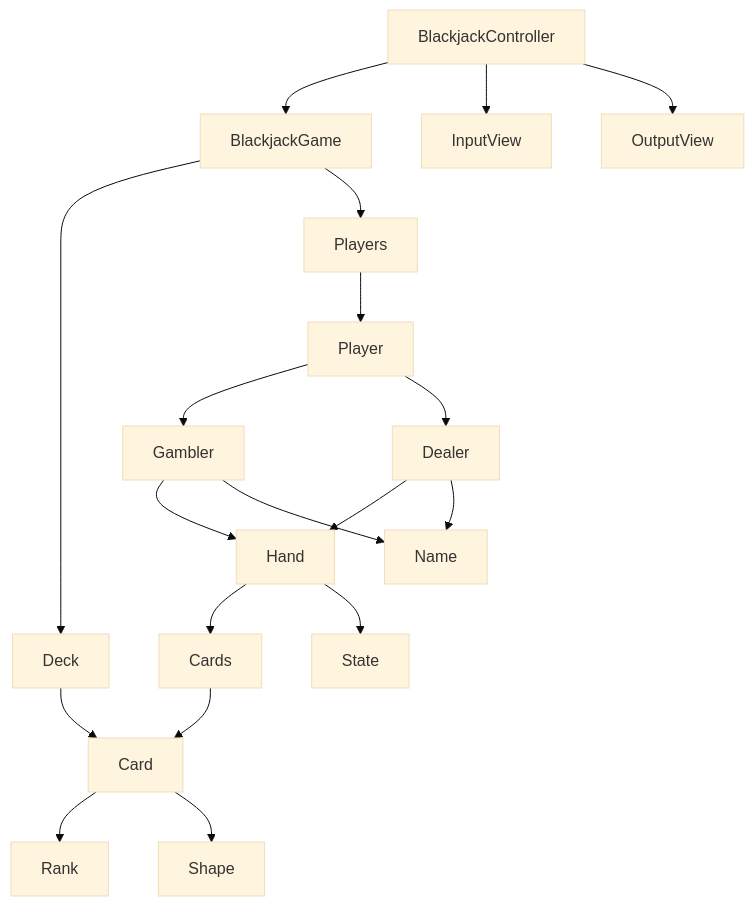
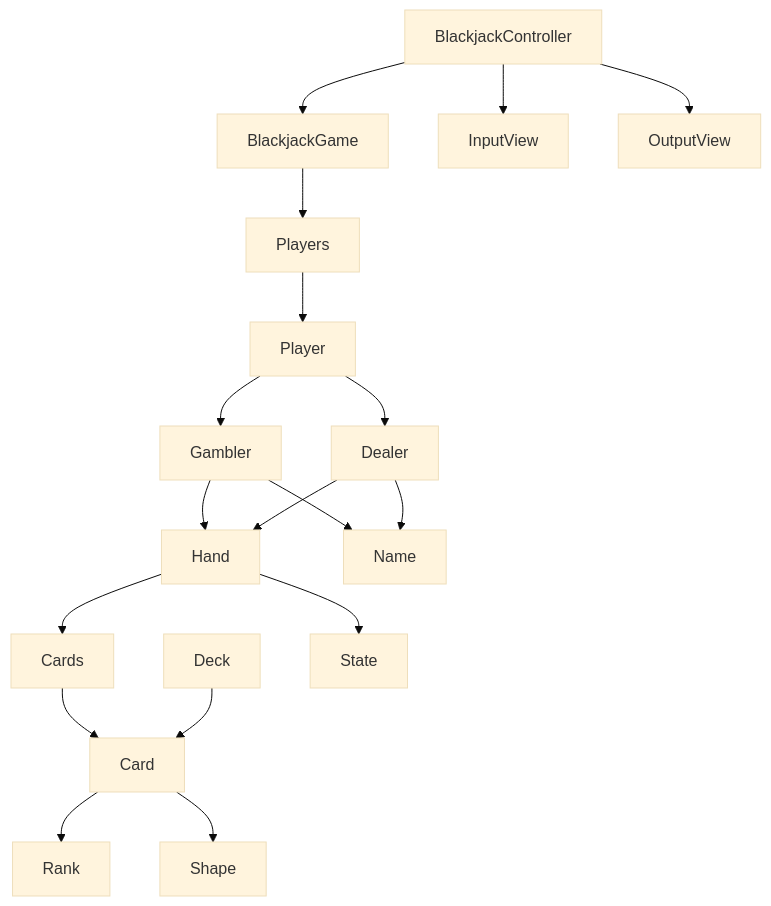
One commit to woowacourse/java-blackjack changed the diagram in README.md. Above: the diagram before and after it, drawn with Mermaid (base theme). The commit also changed other lines of this file and 9 other files, not shown here.

````diff
--- a/README.md
+++ b/README.md
@@ -11,26 +11,25 @@
 ```mermaid
 flowchart
     Card --> Rank
     Card --> Shape
 
     Cards --> Card
+
     Deck --> Card
 
     BlackjackController --> BlackjackGame
     BlackjackController --> InputView
     BlackjackController --> OutputView
-
-    BlackjackGame --> Deck
 
     Players --> Player
     Player --> Gambler --> Hand
     Player --> Dealer --> Hand
 
     Hand --> Cards
     Hand --> State
 
     Gambler --> Name
     Dealer --> Name
 
     BlackjackGame --> Players
 ```
````
